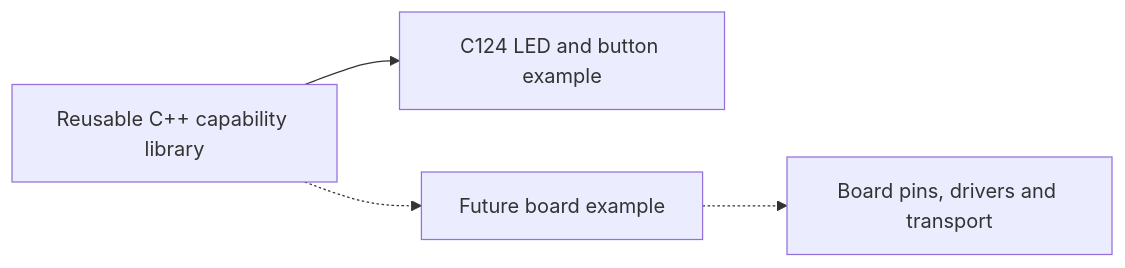
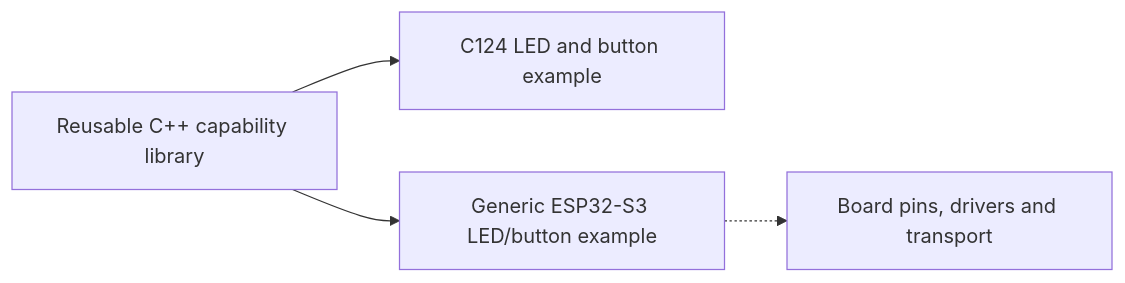
Before and after one commit to adidshaft/grok-gadgets: the second of 2 diagrams in docs/architecture/overview.md, drawn with Mermaid. The commit also changed other lines of this file and 42 other files, not shown here.

````diff
--- a/docs/architecture/overview.md
+++ b/docs/architecture/overview.md
@@ -32,6 +32,6 @@
 ```mermaid
 flowchart LR
     C["Reusable C++ capability library"] --> A["C124 LED and button example"]
-    C -.-> B["Future board example"]
+    C --> B["Generic ESP32-S3 LED/button example"]
     B -.-> P["Board pins, drivers and transport"]
 ```
````
